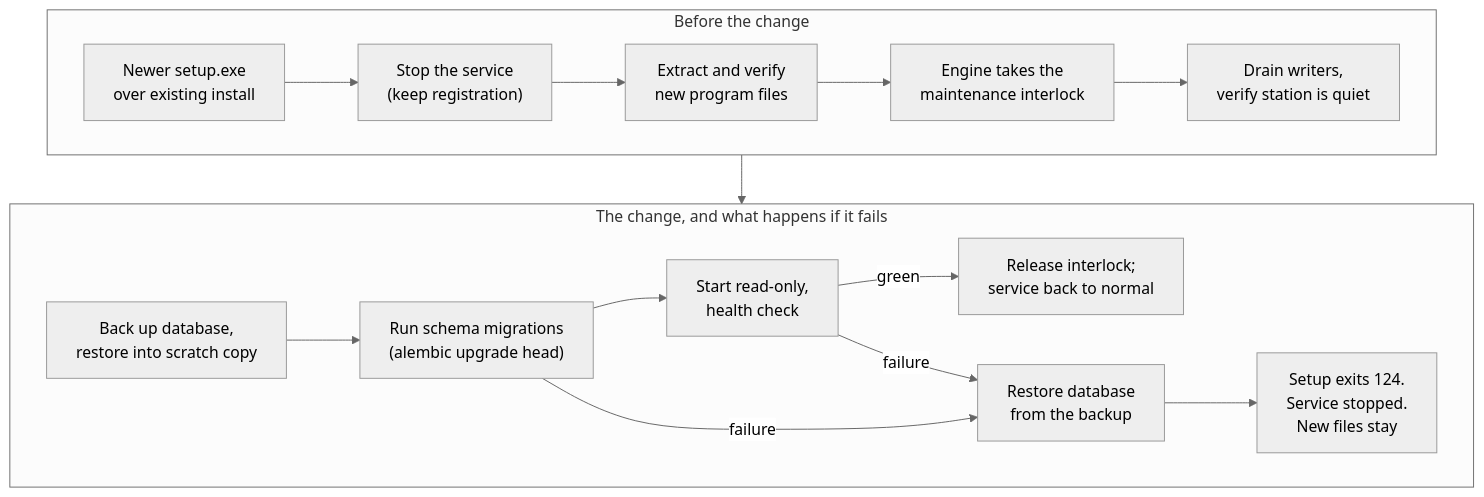
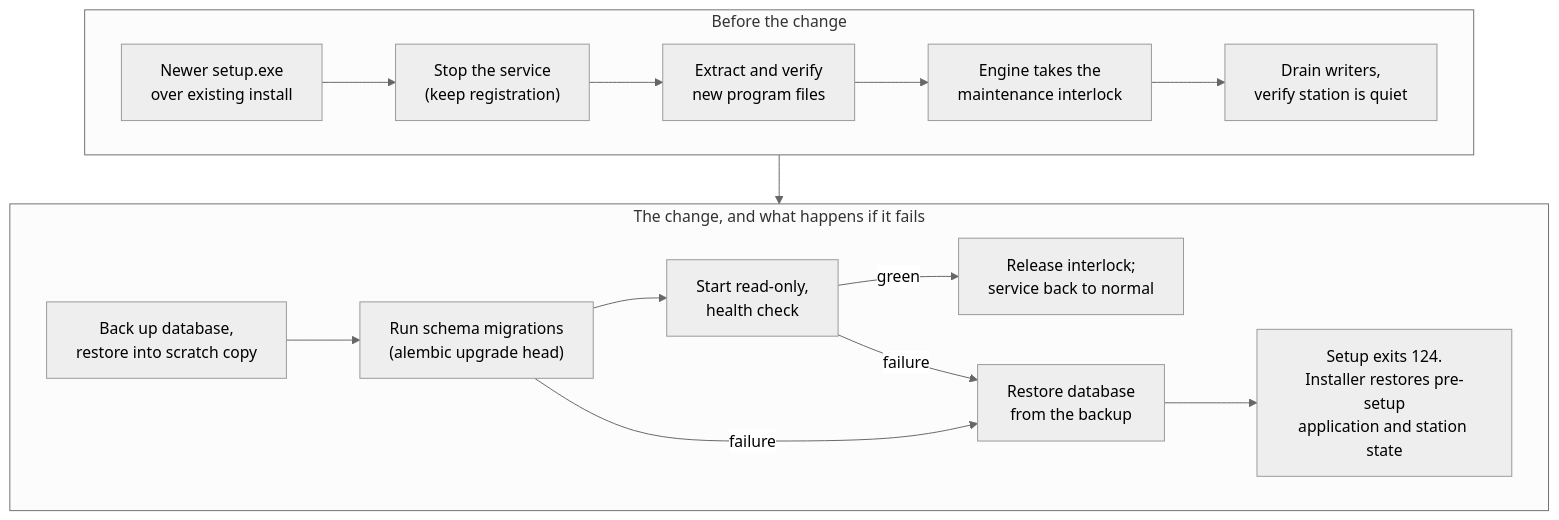
Before and after one commit to scottconverse/civiccast-native: diagram 14 of 16 in docs/manual/src/30-architecture.md, drawn with Mermaid (neutral theme). The commit also changed other lines of this file and 29 other files, not shown here.

````diff
--- a/docs/manual/src/30-architecture.md
+++ b/docs/manual/src/30-architecture.md
@@ -705,20 +709,20 @@
 ```mermaid
 flowchart TB
     subgraph R1["Before the change"]
         direction LR
         S["Newer setup.exe<br/>over existing install"] --> P["Stop the service<br/>(keep registration)"]
         P --> X["Extract and verify<br/>new program files"]
         X --> L["Engine takes the<br/>maintenance interlock"]
         L --> Q["Drain writers,<br/>verify station is quiet"]
     end
     subgraph R2["The change, and what happens if it fails"]
         direction LR
         K["Back up database,<br/>restore into scratch copy"] --> M["Run schema migrations<br/>(alembic upgrade head)"]
         M --> H["Start read-only,<br/>health check"]
         H -->|green| OK["Release interlock;<br/>service back to normal"]
         M -->|failure| RB["Restore database<br/>from the backup"]
         H -->|failure| RB
-        RB --> ST["Setup exits 124.<br/>Service stopped.<br/>New files stay"]
+        RB --> ST["Setup exits 124.<br/>Installer restores pre-setup<br/>application and station state"]
     end
     R1 --> R2
 ```
````
